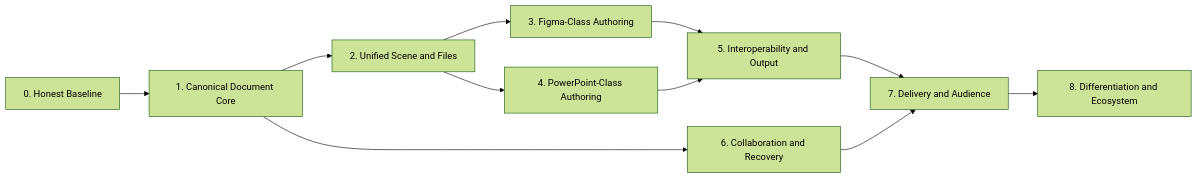
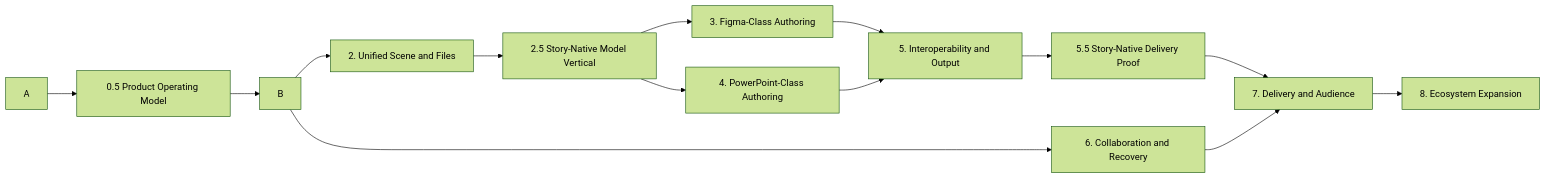
The diagram in documentation/product/delivery-roadmap.md (prabinpebam/story), drawn with Mermaid (forest theme) before and after one commit. The commit also changed other lines of this file and 37 other files, not shown here.

````diff
--- a/documentation/product/delivery-roadmap.md
+++ b/documentation/product/delivery-roadmap.md
@@ -22,13 +22,16 @@
 ```mermaid
 flowchart LR
-    A[0. Honest Baseline] --> B[1. Canonical Document Core]
+    A --> O[0.5 Product Operating Model]
+    O --> B
     B --> C[2. Unified Scene and Files]
-    C --> D[3. Figma-Class Authoring]
-    C --> E[4. PowerPoint-Class Authoring]
+    C --> N[2.5 Story-Native Model Vertical]
+    N --> D[3. Figma-Class Authoring]
+    N --> E[4. PowerPoint-Class Authoring]
     D --> F[5. Interoperability and Output]
     E --> F
     B --> G[6. Collaboration and Recovery]
-    F --> H[7. Delivery and Audience]
+    F --> V[5.5 Story-Native Delivery Proof]
+    V --> H[7. Delivery and Audience]
     G --> H
-    H --> I[8. Differentiation and Ecosystem]
+    H --> I[8. Ecosystem Expansion]
 ```
````
